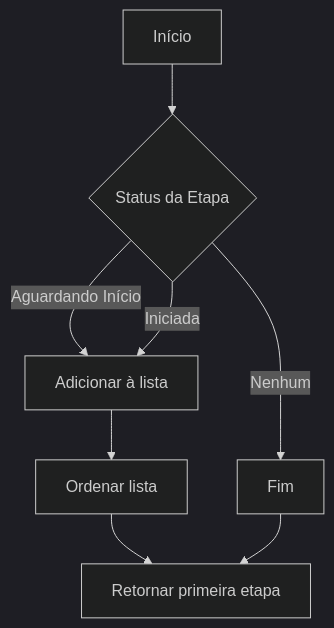
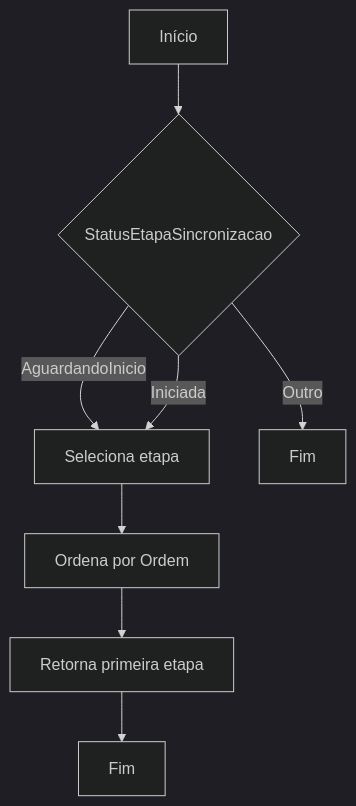
Before and after one commit to IsthmusSistemas/documentacao-tecnica: the first of 2 diagrams in docs/b2b-dominio/IsthmusWinthor.Nucleo/IsthmusWinthor.Dominio/Entidades/RegistroSincronizacaoErp.md, drawn with Mermaid (dark theme). The commit also changed other lines of this file and 882 other files, not shown here.

````diff
--- a/docs/b2b-dominio/IsthmusWinthor.Nucleo/IsthmusWinthor.Dominio/Entidades/RegistroSincronizacaoErp.md
+++ b/docs/b2b-dominio/IsthmusWinthor.Nucleo/IsthmusWinthor.Dominio/Entidades/RegistroSincronizacaoErp.md
@@ -18,10 +18,10 @@
 ```mermaid
 flowchart TD
-    A[Início] --> B{Status da Etapa}
-    B -->|Aguardando Início| C[Adicionar à lista]
-    B -->|Iniciada| C
-    B -->|Nenhum| D[Fim]
-    C --> E[Ordenar lista]
-    E --> F[Retornar primeira etapa]
-    D --> F
+    A[Início] --> B{StatusEtapaSincronizacao}
+    B -->|AguardandoInicio| C[Seleciona etapa]
+    B -->|Iniciada| C[Seleciona etapa]
+    B -->|Outro| D[Fim]
+    C --> E[Ordena por Ordem]
+    E --> F[Retorna primeira etapa]
+    F --> G[Fim]
 ```
````
